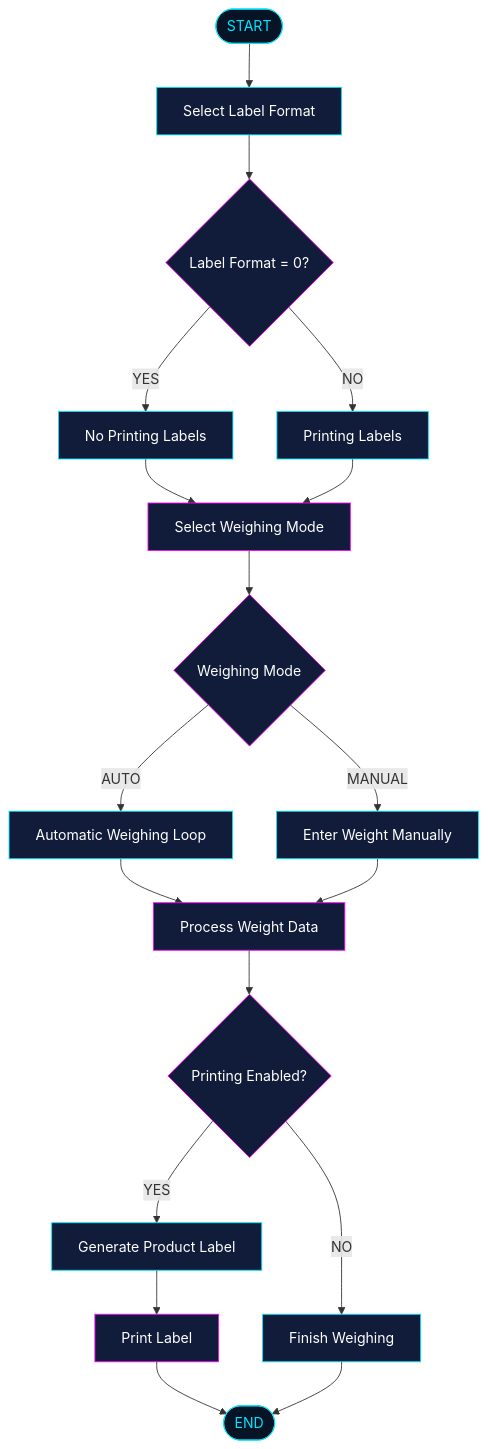
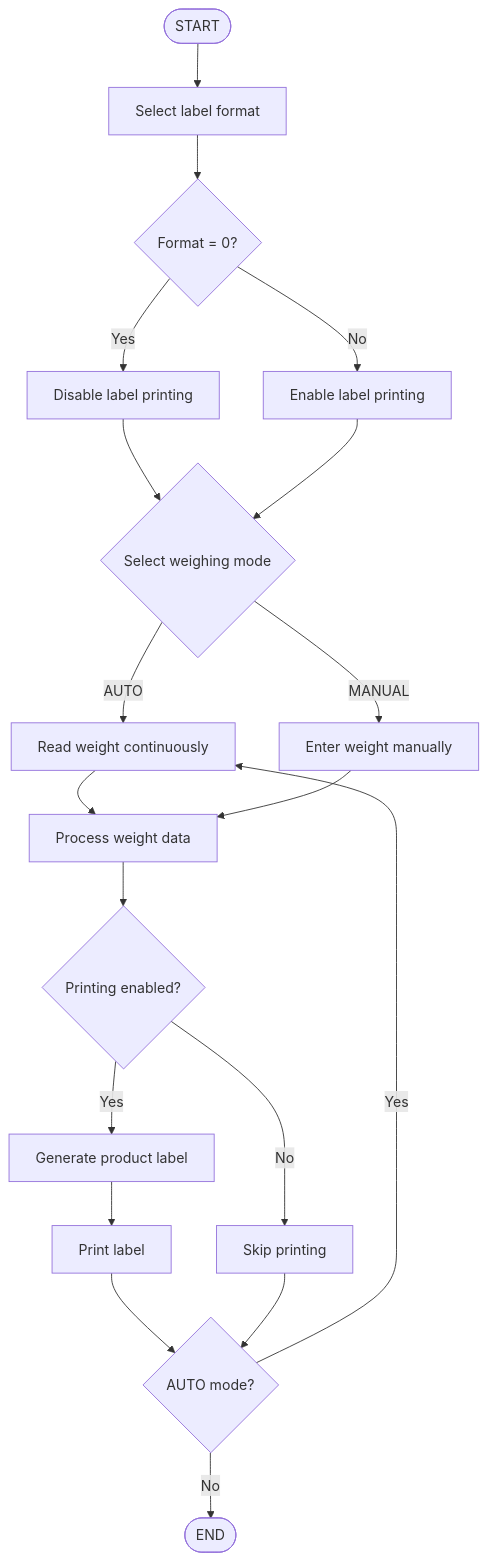
The diagram in README.md (BudynRadzik/LabelingConsoleApp), drawn with Mermaid before and after one commit. The commit also changed other lines of this file, not shown here.

````diff
--- a/README.md
+++ b/README.md
@@ -123,43 +144,21 @@
 ```mermaid
 flowchart TD
-    A([START]) --> B[Select Label Format]
-    B --> C{Label Format = 0?}
-
-    C -->|YES| D[No Printing Labels]
-    C -->|NO| E[Printing Labels]
-
-    D --> F[Select Weighing Mode]
+    A([START]) --> B[Select label format]
+    B --> C{Format = 0?}
+    C -->|Yes| D[Disable label printing]
+    C -->|No| E[Enable label printing]
+    D --> F{Select weighing mode}
     E --> F
-
-    F --> G{Weighing Mode}
-
-    G -->|AUTO| H[Automatic Weighing Loop]
-    G -->|MANUAL| I[Enter Weight Manually]
-
-    H --> J[Process Weight Data]
-    I --> J
-
-    J --> K{Printing Enabled?}
-    K -->|YES| L[Generate Product Label]
-    K -->|NO| M[Finish Weighing]
-
-    L --> N[Print Label]
-    N --> O([END])
-    M --> O
-
-    style A fill:#071426,stroke:#00E5FF,color:#00E5FF
-    style B fill:#111C3A,stroke:#00E5FF,color:#FFFFFF
-    style C fill:#111C3A,stroke:#FF00FF,color:#FFFFFF
-    style D fill:#111C3A,stroke:#00E5FF,color:#FFFFFF
-    style E fill:#111C3A,stroke:#00E5FF,color:#FFFFFF
-    style F fill:#111C3A,stroke:#FF00FF,color:#FFFFFF
-    style G fill:#111C3A,stroke:#FF00FF,color:#FFFFFF
-    style H fill:#111C3A,stroke:#00E5FF,color:#FFFFFF
-    style I fill:#111C3A,stroke:#00E5FF,color:#FFFFFF
-    style J fill:#111C3A,stroke:#FF00FF,color:#FFFFFF
-    style K fill:#111C3A,stroke:#FF00FF,color:#FFFFFF
-    style L fill:#111C3A,stroke:#00E5FF,color:#FFFFFF
-    style M fill:#111C3A,stroke:#00E5FF,color:#FFFFFF
-    style N fill:#111C3A,stroke:#FF00FF,color:#FFFFFF
-    style O fill:#071426,stroke:#00E5FF,color:#00E5FF
+    F -->|AUTO| G[Read weight continuously]
+    F -->|MANUAL| H[Enter weight manually]
+    G --> I[Process weight data]
+    H --> I
+    I --> J{Printing enabled?}
+    J -->|Yes| K[Generate product label]
+    K --> L[Print label]
+    J -->|No| M[Skip printing]
+    L --> N{AUTO mode?}
+    M --> N
+    N -->|Yes| G
+    N -->|No| O([END])
 ```
````
